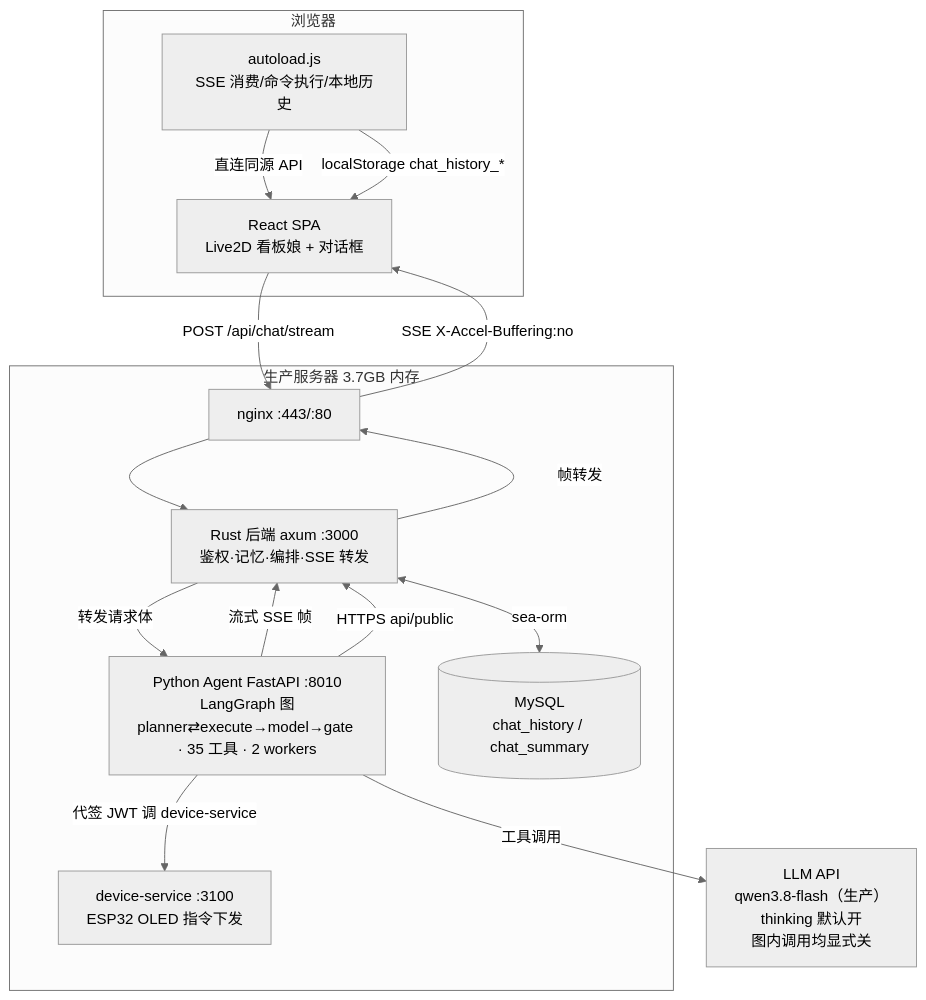
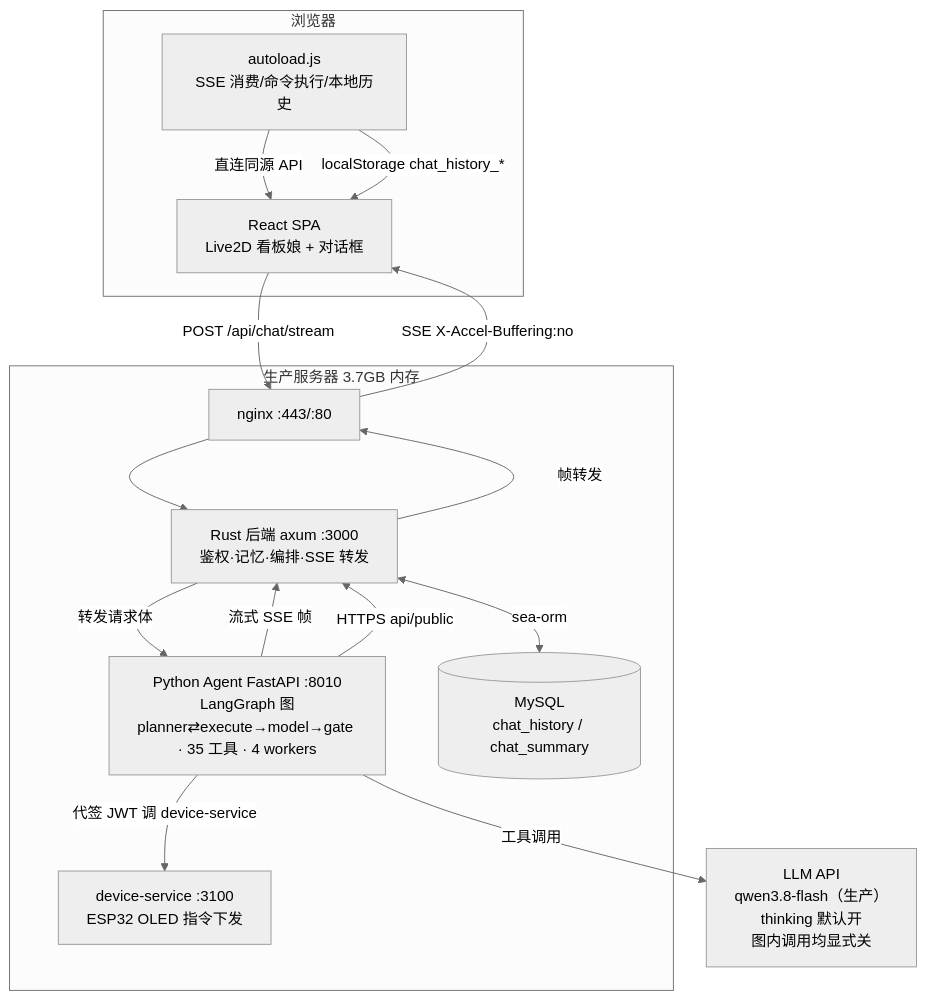
Before and after one commit to BigLeopardCat/saudade-blog-agent: the first of 5 diagrams in docs/agent-architecture.md, drawn with Mermaid (neutral theme). The commit also changed other lines of this file and 2 other files, not shown here.

First line of the commit message:
docs: worker 数改实测口径，补 agent 侧资源画像

````diff
--- a/docs/agent-architecture.md
+++ b/docs/agent-architecture.md
@@ -66,30 +66,30 @@
 ```mermaid
 flowchart TB
     subgraph Browser[浏览器]
         UI[React SPA<br/>Live2D 看板娘 + 对话框]
         AJS[autoload.js<br/>SSE 消费/命令执行/本地历史]
     end
 
     subgraph Server[生产服务器 3.7GB 内存]
         NGX[nginx :443/:80]
         RUST[Rust 后端 axum :3000<br/>鉴权·记忆·编排·SSE 转发]
-        AGT[Python Agent FastAPI :8010<br/>LangGraph 图<br/>planner⇄execute→model→gate · 35 工具 · 2 workers]
+        AGT[Python Agent FastAPI :8010<br/>LangGraph 图<br/>planner⇄execute→model→gate · 35 工具 · 4 workers]
         MYSQL[(MySQL<br/>chat_history / chat_summary)]
         DEV[device-service :3100<br/>ESP32 OLED 指令下发]
     end
 
     LLM[LLM API<br/>qwen3.8-flash（生产）<br/>thinking 默认开<br/>图内调用均显式关]
 
     UI -->|POST /api/chat/stream| NGX
     NGX --> RUST
     RUST -->|转发请求体| AGT
     AGT -->|流式 SSE 帧| RUST
     RUST -->|帧转发| NGX
     NGX -->|SSE X-Accel-Buffering:no| UI
     AJS -->|直连同源 API| UI
     RUST <-->|sea-orm| MYSQL
     AGT -->|工具调用| LLM
     AGT -->|HTTPS api/public| RUST
     AGT -->|代签 JWT 调 device-service| DEV
     AJS -->|localStorage chat_history_*| UI
 ```
````
